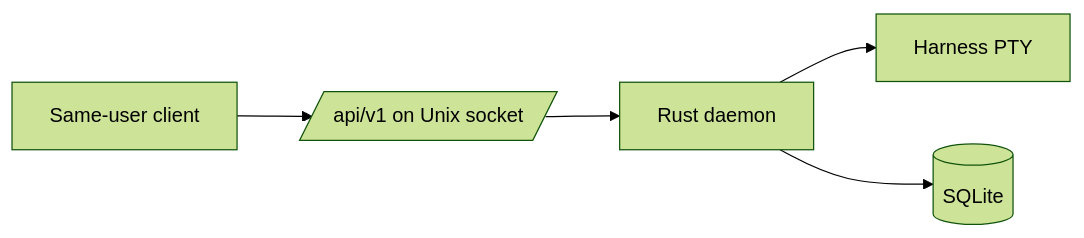
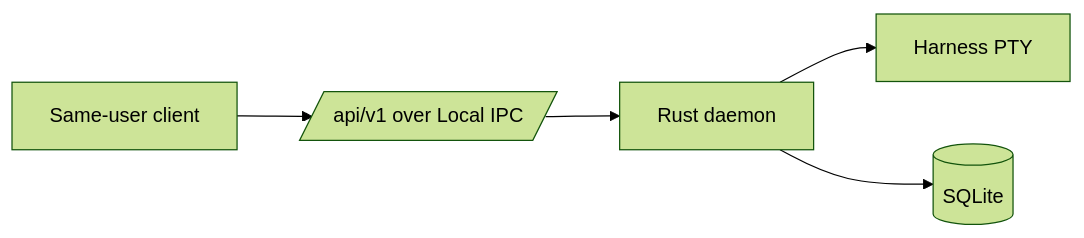
The diagram in docs/daemon/safety-model.md (OpenCoven/coven), drawn with Mermaid (forest theme) before and after one commit. The commit also changed other lines of this file and 10 other files, not shown here.

Commit message:
docs: align local IPC trust boundaries

````diff
--- a/docs/daemon/safety-model.md
+++ b/docs/daemon/safety-model.md
@@ -19,7 +19,7 @@
 ```mermaid
 flowchart LR
-  Client[Same-user client] --> Socket[/api/v1 on Unix socket/]
-  Socket --> Daemon[Rust daemon]
+  Client[Same-user client] --> IPC[/api/v1 over Local IPC/]
+  IPC --> Daemon[Rust daemon]
   Daemon --> Harness[Harness PTY]
   Daemon --> Store[(SQLite)]
 ```
````
